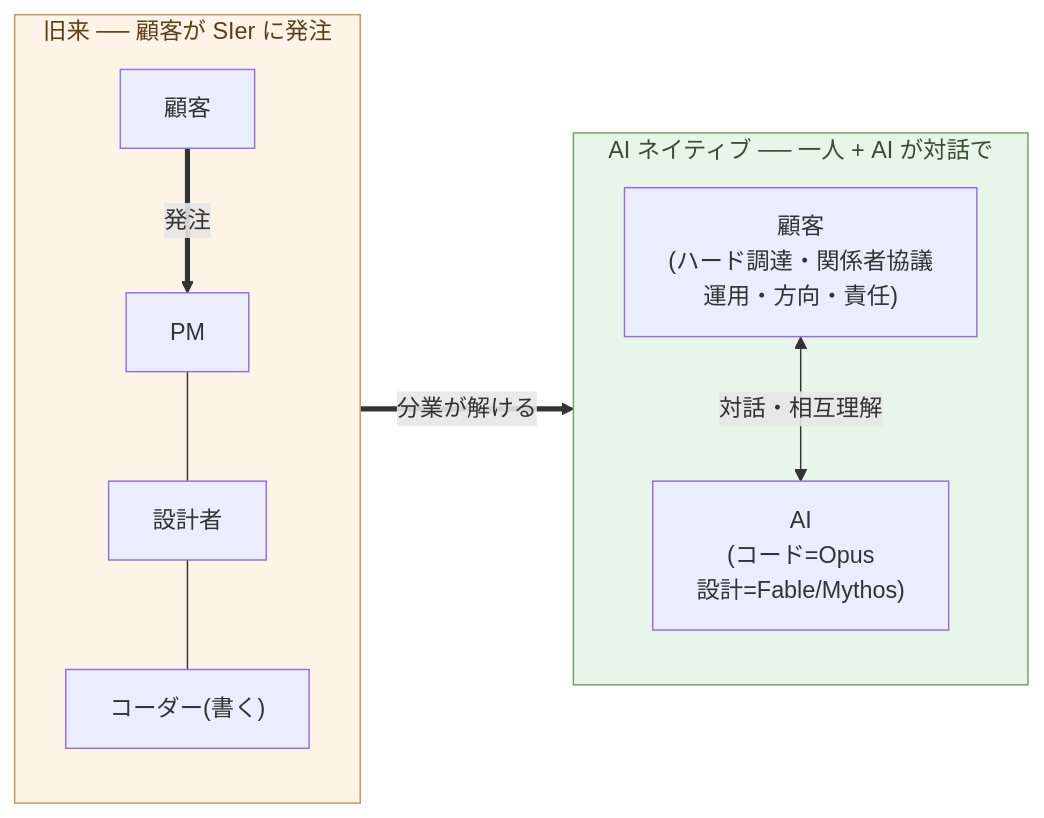
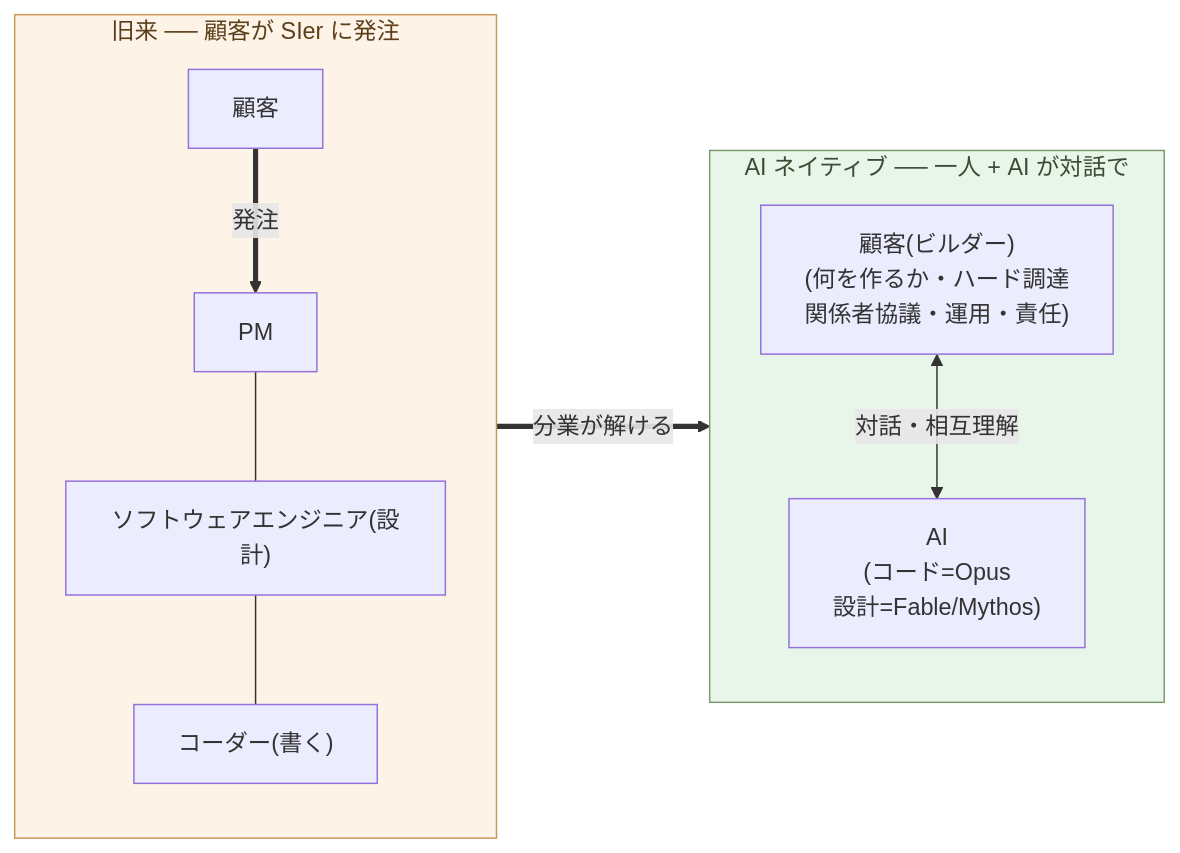
One commit to aiseed-dev/website changed the diagram in articles/ai-native-ways/software/03-coder-end/ja.md. Above: the diagram before and after it, drawn with Mermaid. The commit also changed other lines of this file and 16 other files, not shown here.

````diff
--- a/articles/ai-native-ways/software/03-coder-end/ja.md
+++ b/articles/ai-native-ways/software/03-coder-end/ja.md
@@ -94,26 +90,26 @@
 ```mermaid
 flowchart LR
   subgraph Old["旧来 ── 顧客が SIer に発注"]
     direction TB
     OClient["顧客"]
     OP["PM"]
-    OD["設計者"]
+    OD["ソフトウェアエンジニア(設計)"]
     OC["コーダー(書く)"]
     OClient ==>|発注| OP
     OP --- OD --- OC
   end
 
   subgraph New["AI ネイティブ ── 一人 + AI が対話で"]
     direction TB
-    H["顧客<br/>(ハード調達・関係者協議<br/>運用・方向・責任)"]
+    H["顧客(ビルダー)<br/>(何を作るか・ハード調達<br/>関係者協議・運用・責任)"]
     A["AI<br/>(コード=Opus<br/>設計=Fable/Mythos)"]
     H <-->|対話・相互理解| A
   end
 
   Old ==>|分業が解ける| New
 
   classDef good fill:#e8f5e9,stroke:#7a9a6d,color:#3a4d34
   classDef bad fill:#fef3e7,stroke:#c89559,color:#5a3f1a
   class New good
   class Old bad
 ```
````
